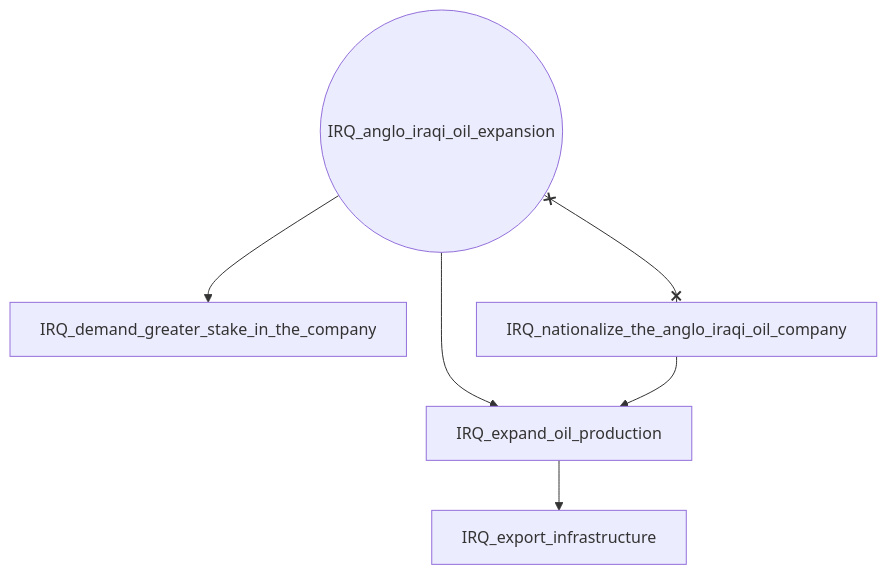
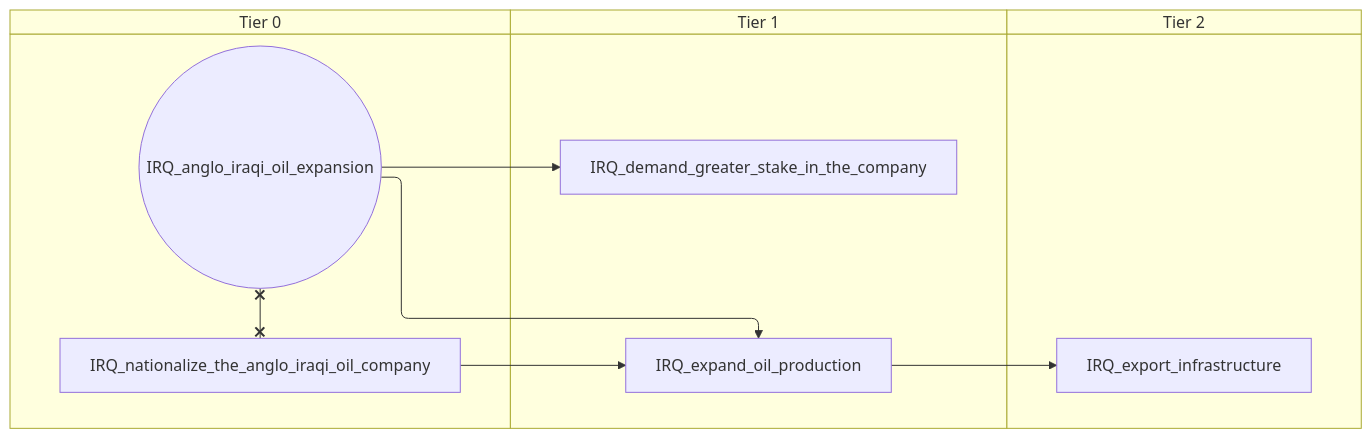
One commit to evgeny-sobol/hoi4-sandbox-mode-r56 changed the first of 6 diagrams in docs/gdd/National Focuses/r56/iraq.md. Above: the diagram before and after it, drawn with Mermaid. The commit also changed other lines of this file and 423 other files, not shown here.

First line of the commit message:
Re-export Rt56 focus trees as swimlane diagrams

````diff
--- a/docs/gdd/National Focuses/r56/iraq.md
+++ b/docs/gdd/National Focuses/r56/iraq.md
@@ -3,13 +3,19 @@
 ```mermaid
-flowchart TD
-    n1(("IRQ_anglo_iraqi_oil_expansion"))
-    n2["IRQ_demand_greater_stake_in_the_company"]
-    n3["IRQ_expand_oil_production"]
-    n4["IRQ_export_infrastructure"]
-    n5["IRQ_nationalize_the_anglo_iraqi_oil_company"]
-    n1 --> n2
+swimlane-beta TD
+    subgraph tier_0["Tier 0"]
+        n1(("IRQ_anglo_iraqi_oil_expansion"))
+        n2["IRQ_nationalize_the_anglo_iraqi_oil_company"]
+    end
+    subgraph tier_1["Tier 1"]
+        n3["IRQ_demand_greater_stake_in_the_company"]
+        n4["IRQ_expand_oil_production"]
+    end
+    subgraph tier_2["Tier 2"]
+        n5["IRQ_export_infrastructure"]
+    end
     n1 --> n3
-    n5 --> n3
-    n3 --> n4
-    n1 x--x n5
+    n1 --> n4
+    n2 --> n4
+    n4 --> n5
+    n1 x--x n2
 ```
````
